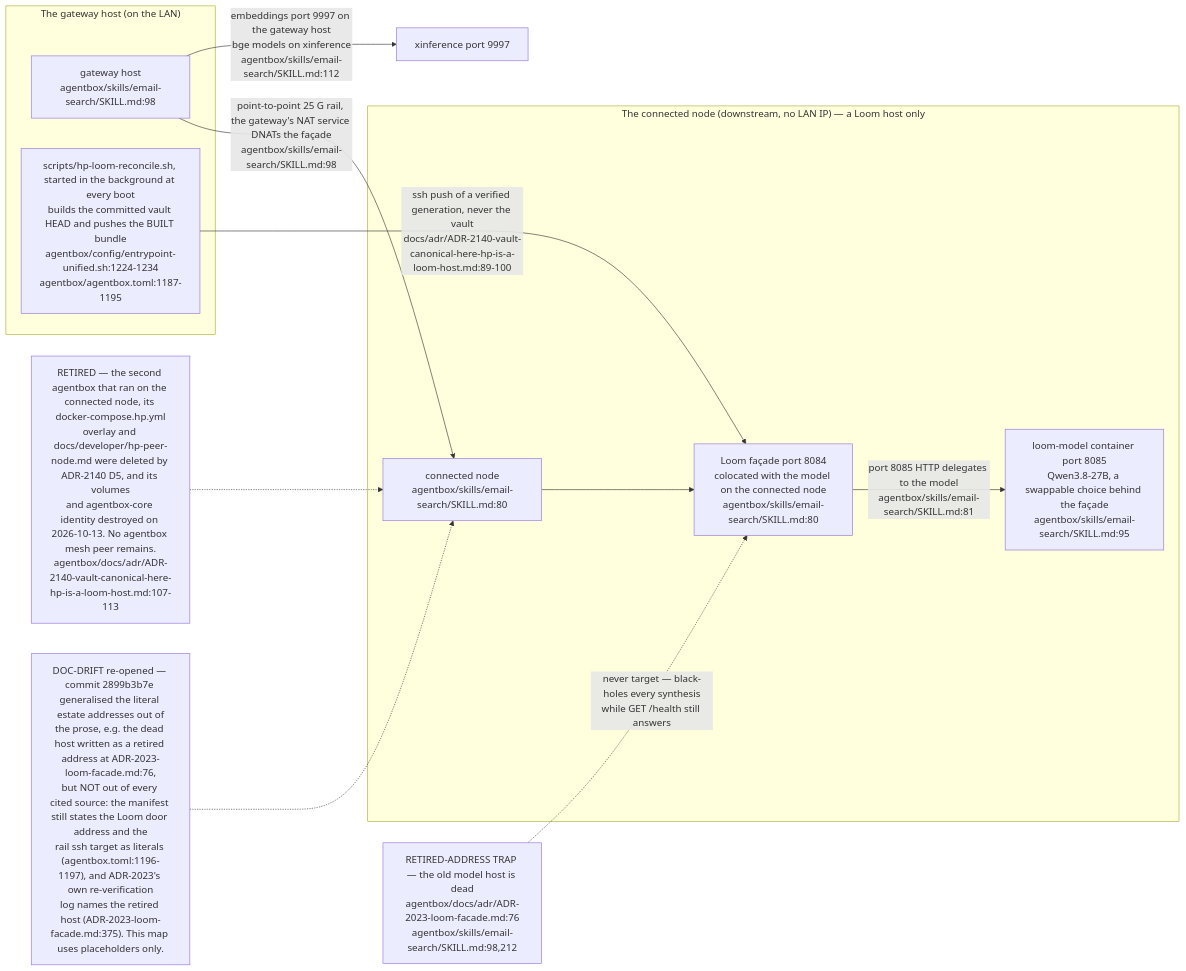
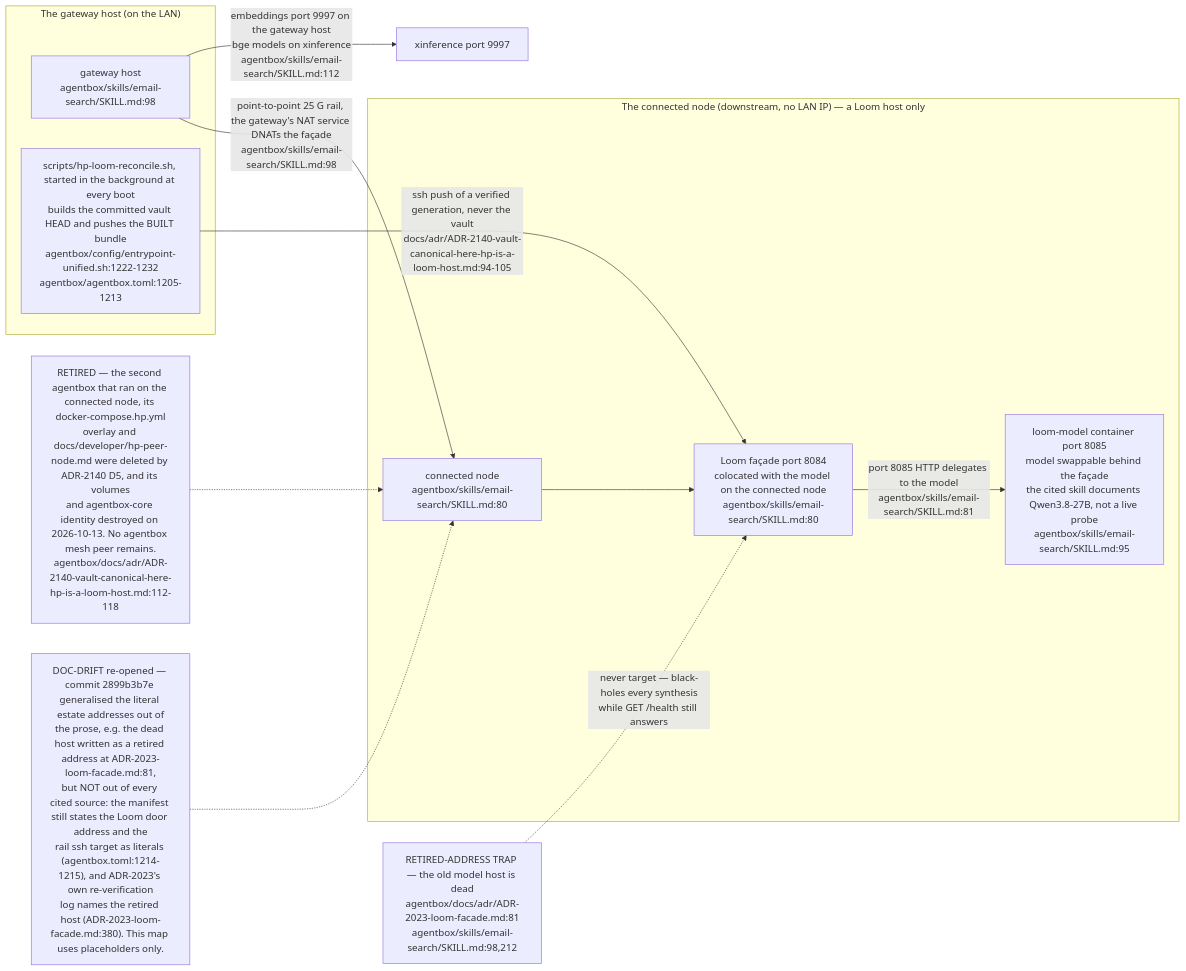
One commit to DreamLab-AI/VisionFlow changed the second of 8 diagrams in docs/diagrams/estate/01-estate-topology.md. Above: the diagram before and after it, drawn with Mermaid. The commit also changed other lines of this file and 5 other files, not shown here.

````diff
--- a/docs/diagrams/estate/01-estate-topology.md
+++ b/docs/diagrams/estate/01-estate-topology.md
@@ -103,26 +104,26 @@
 ```mermaid
 flowchart LR
     subgraph ML["The gateway host (on the LAN)"]
         MLHOST["gateway host<br/>agentbox/skills/email-search/SKILL.md:98"]
-        RECON["scripts/hp-loom-reconcile.sh, started in the background at every boot<br/>builds the committed vault HEAD and pushes the BUILT bundle<br/>agentbox/config/entrypoint-unified.sh:1224-1234<br/>agentbox/agentbox.toml:1187-1195"]
+        RECON["scripts/hp-loom-reconcile.sh, started in the background at every boot<br/>builds the committed vault HEAD and pushes the BUILT bundle<br/>agentbox/config/entrypoint-unified.sh:1222-1232<br/>agentbox/agentbox.toml:1205-1213"]
     end
     subgraph HP["The connected node (downstream, no LAN IP) — a Loom host only"]
         HPHOST["connected node<br/>agentbox/skills/email-search/SKILL.md:80"]
         LOOMFACADE["Loom façade port 8084<br/>colocated with the model on the connected node<br/>agentbox/skills/email-search/SKILL.md:80"]
-        LOOMMODEL["loom-model container port 8085<br/>Qwen3.8-27B, a swappable choice behind the façade<br/>agentbox/skills/email-search/SKILL.md:95"]
+        LOOMMODEL["loom-model container port 8085<br/>model swappable behind the façade<br/>the cited skill documents Qwen3.8-27B, not a live probe<br/>agentbox/skills/email-search/SKILL.md:95"]
     end
     MLHOST -->|"point-to-point 25 G rail, the gateway's NAT service DNATs the façade<br/>agentbox/skills/email-search/SKILL.md:98"| HPHOST
     HPHOST --> LOOMFACADE
     LOOMFACADE -->|"port 8085 HTTP delegates to the model<br/>agentbox/skills/email-search/SKILL.md:81"| LOOMMODEL
     MLHOST -->|"embeddings port 9997 on the gateway host<br/>bge models on xinference<br/>agentbox/skills/email-search/SKILL.md:112"| XINF["xinference port 9997"]
-    RECON -->|"ssh push of a verified generation, never the vault<br/>docs/adr/ADR-2140-vault-canonical-here-hp-is-a-loom-host.md:89-100"| LOOMFACADE
+    RECON -->|"ssh push of a verified generation, never the vault<br/>docs/adr/ADR-2140-vault-canonical-here-hp-is-a-loom-host.md:94-105"| LOOMFACADE
 
-    DEAD["RETIRED-ADDRESS TRAP — the old model host is dead<br/>agentbox/docs/adr/ADR-2023-loom-facade.md:76<br/>agentbox/skills/email-search/SKILL.md:98,212"]
+    DEAD["RETIRED-ADDRESS TRAP — the old model host is dead<br/>agentbox/docs/adr/ADR-2023-loom-facade.md:81<br/>agentbox/skills/email-search/SKILL.md:98,212"]
     DEAD -.->|"never target — black-holes every synthesis<br/>while GET /health still answers"| LOOMFACADE
 
-    GONE["RETIRED — the second agentbox that ran on the connected node, its docker-compose.hp.yml<br/>overlay and docs/developer/hp-peer-node.md were deleted by ADR-2140 D5, and its volumes<br/>and agentbox-core identity destroyed on 2026-10-13. No agentbox mesh peer remains.<br/>agentbox/docs/adr/ADR-2140-vault-canonical-here-hp-is-a-loom-host.md:107-113"]
+    GONE["RETIRED — the second agentbox that ran on the connected node, its docker-compose.hp.yml<br/>overlay and docs/developer/hp-peer-node.md were deleted by ADR-2140 D5, and its volumes<br/>and agentbox-core identity destroyed on 2026-10-13. No agentbox mesh peer remains.<br/>agentbox/docs/adr/ADR-2140-vault-canonical-here-hp-is-a-loom-host.md:112-118"]
     GONE -.-> HPHOST
 
-    GEN["DOC-DRIFT re-opened — commit 2899b3b7e generalised the literal estate addresses out of<br/>the prose, e.g. the dead host written as a retired address at ADR-2023-loom-facade.md:76,<br/>but NOT out of every cited source: the manifest still states the Loom door address and the<br/>rail ssh target as literals (agentbox.toml:1196-1197), and ADR-2023's own re-verification<br/>log names the retired host (ADR-2023-loom-facade.md:375). This map uses placeholders only."]
+    GEN["DOC-DRIFT re-opened — commit 2899b3b7e generalised the literal estate addresses out of<br/>the prose, e.g. the dead host written as a retired address at ADR-2023-loom-facade.md:81,<br/>but NOT out of every cited source: the manifest still states the Loom door address and the<br/>rail ssh target as literals (agentbox.toml:1214-1215), and ADR-2023's own re-verification<br/>log names the retired host (ADR-2023-loom-facade.md:380). This map uses placeholders only."]
     GEN -.-> HPHOST
 ```
````
